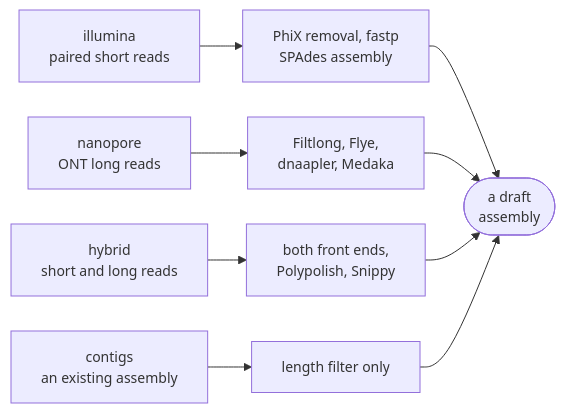
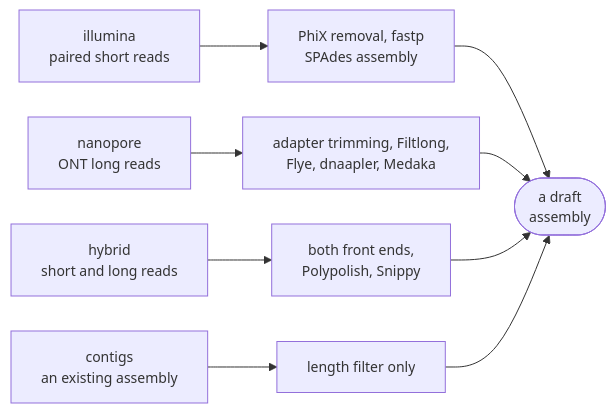
One commit to iLivius/BacFlux changed the first of 3 diagrams in docs/architecture.md. Above: the diagram before and after it, drawn with Mermaid. The commit also changed other lines of this file and 45 other files, not shown here.

````diff
--- a/docs/architecture.md
+++ b/docs/architecture.md
@@ -25,19 +25,19 @@
 ```mermaid
 ---
 config:
   themeVariables:
     fontSize: 14px
   flowchart:
     nodeSpacing: 35
     rankSpacing: 35
 ---
 flowchart LR
     I[illumina<br/>paired short reads] --> IF[PhiX removal, fastp<br/>SPAdes assembly]
-    N[nanopore<br/>ONT long reads] --> NF[Filtlong, Flye,<br/>dnaapler, Medaka]
+    N[nanopore<br/>ONT long reads] --> NF[adapter trimming, Filtlong,<br/>Flye, dnaapler, Medaka]
     H[hybrid<br/>short and long reads] --> HF[both front ends,<br/>Polypolish, Snippy]
     C[contigs<br/>an existing assembly] --> CF[length filter only]
     IF --> DRAFT([a draft<br/>assembly])
     NF --> DRAFT
     HF --> DRAFT
     CF --> DRAFT
 ```
````
